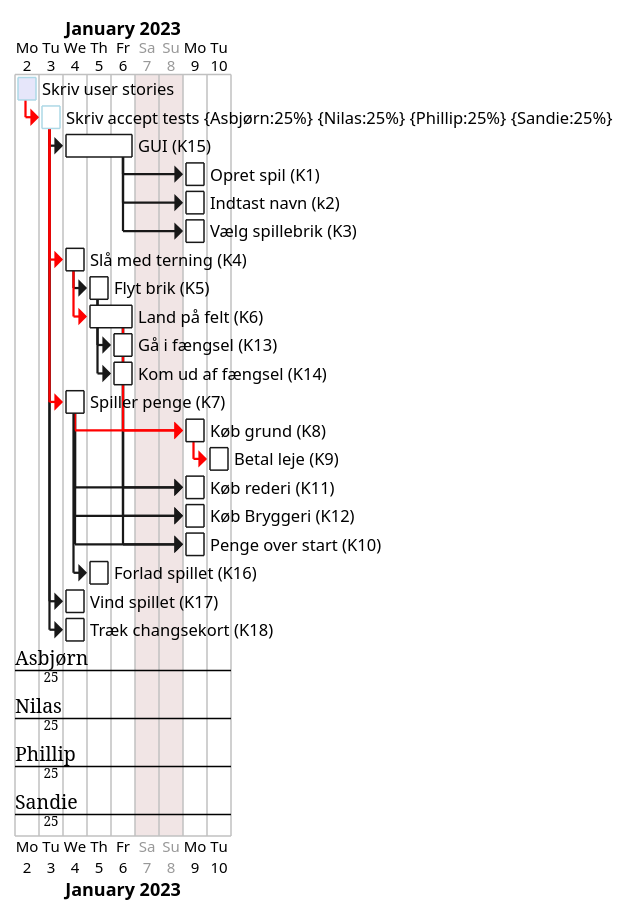
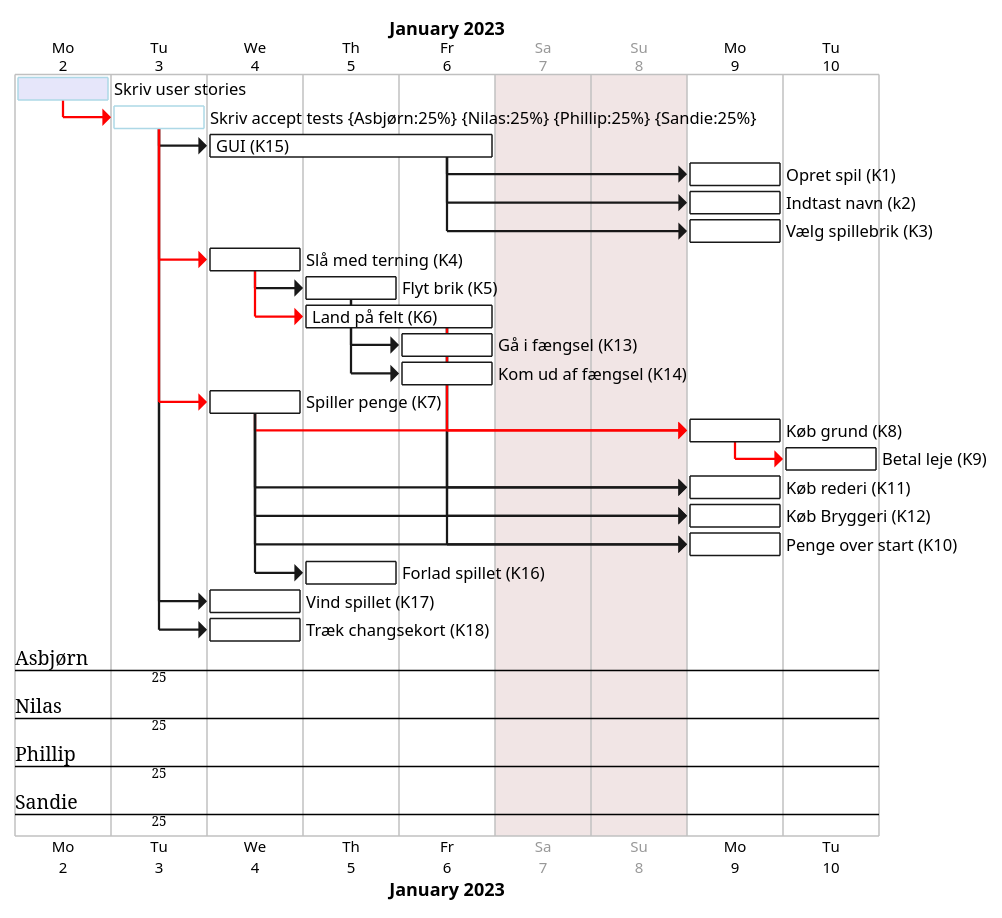
One commit to Gruppe-10-DTU/CDIO-FINAL changed the diagram in Gantt.puml. Above: the diagram before and after it, drawn with PlantUML.

Commit message:
Gantt layout update

```diff
--- a/Gantt.puml
+++ b/Gantt.puml
@@ -1,109 +1,110 @@
 @startgantt
+printscale daily zoom 4
 saturday are closed
 sunday are closed
 
 Project starts the 2nd of january 2023
 
 [Skriv user stories] as [TASK1] lasts 1 days
 [TASK1] is colored in Lavender/LightBlue
 [TASK1] is 100% complete
 
 [Skriv accept tests] as [TASK2] on {Asbjørn:25%} {Nilas:25%} {Phillip:25%} {Sandie:25%} lasts 1 days
 [TASK2] is colored in Lavender/LightBlue
 [TASK2] is 0% complete
 
 [GUI (K15)] as [K15] lasts 3 days
 [K15] is 0% complete
 
 [Opret spil (K1)] as [K1] lasts 1 days
 [K1] is 0% complete
 
 [Indtast navn (k2)] as [K2] lasts 1 days
 [K2] is 0% complete
 
 [Vælg spillebrik (K3)] as [K3] lasts 1 days
 [K3] is 0% complete
 
 
 
 [Slå med terning (K4)] as [K4] lasts 1 days
 [K4] is 0% complete
 
 [Flyt brik (K5)] as [K5] lasts 1 days
 [K5] is 0% complete
 
 [Land på felt (K6)] as [K6] lasts 2 days
 [K6] is 0% complete
 
 [Gå i fængsel (K13)] as [K13] lasts 1 days
 [K13] is 0% complete
 
 [Kom ud af fængsel (K14)] as [K14] lasts 1 days
 [K14] is 0% complete
 
 
 [Spiller penge (K7)] as [K7] lasts 1 days
 [K7] is 0% complete
 
 [Køb grund (K8)] as [K8] lasts 1 days
 [K8] is 0% complete
 
 
 [Betal leje (K9)] as [K9] lasts 1 days
 [K9] is 0% complete
 
 [Køb rederi (K11)] as [K11] lasts 1 days
 [K11] is 0% complete
 
 [Køb Bryggeri (K12)] as [K12] lasts 1 days
 [K12] is 0% complete
 
 
 
 [Penge over start (K10)] as [K10] lasts 1 days
 [K10] is 0% complete
 
 
 
 
 [Forlad spillet (K16)] as [K16] lasts 1 days
 [K16] is 0% complete
 
 [Vind spillet (K17)] as [K17] lasts 1 days
 [K17] is 0% complete
 
 [Træk changsekort (K18)] as [K18] lasts 1 days
 [K18] is 0% complete
 
 
 [TASK1]-[#FF0000]->[TASK2]
 [TASK2]->[K15]
 [TASK2]->[K17]
 [TASK2]->[K18]
 [TASK2]-[#FF0000]->[K7]
 [TASK2]-[#FF0000]->[K4]
 
 [K15]->[K1]
 [K15]->[K2]
 [K15]->[K3]
 
 [K4]->[K5]
 [K4]-[#FF0000]->[K6]
 
 [K7]->[K11]
 [K6]->[K11]
 [K7]->[K12]
 [K6]->[K12]
 [K7]->[K10]
 [K6]->[K10]
 [K7]-[#FF0000]->[K8]
 [K6]-[#FF0000]->[K8]
 
 [K7]->[K16]
 
 [K8]-[#FF0000]->[K9]
 
 [K5]->[K13]
 [K5]->[K14]
 
 @endgantt
```
